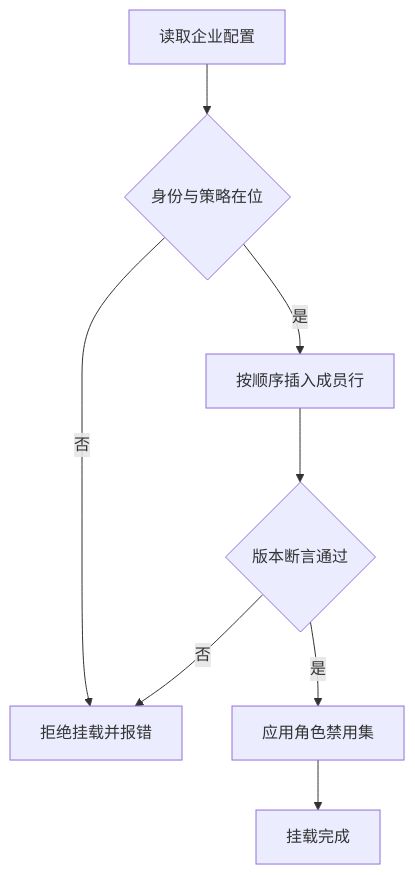
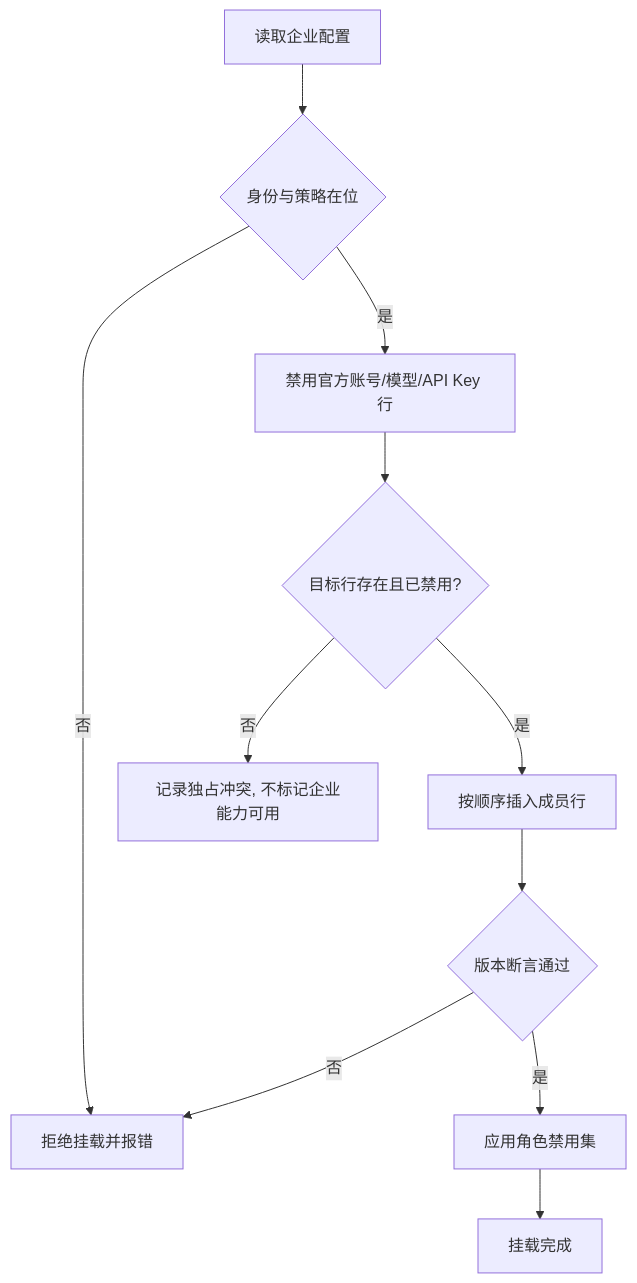
Before and after one commit to hrygo/heluo-forge: the diagram in docs/design/plugins/forge-enterprise.md, drawn with Mermaid. The commit also changed other lines of this file and 11 other files, not shown here.

````diff
--- a/docs/design/plugins/forge-enterprise.md
+++ b/docs/design/plugins/forge-enterprise.md
@@ -116,10 +140,13 @@
 ```mermaid
 flowchart TD
   A[读取企业配置] --> B{身份与策略在位}
   B -->|否| C[拒绝挂载并报错]
-  B -->|是| D[按顺序插入成员行]
-  D --> E{版本断言通过}
-  E -->|否| C
-  E -->|是| F[应用角色禁用集]
-  F --> G[挂载完成]
+  B -->|是| D[禁用官方账号/模型/API Key 行]
+  D --> E{目标行存在且已禁用?}
+  E -->|否| F[记录独占冲突, 不标记企业能力可用]
+  E -->|是| G[按顺序插入成员行]
+  G --> H{版本断言通过}
+  H -->|否| C
+  H -->|是| I[应用角色禁用集]
+  I --> J[挂载完成]
 ```
````
